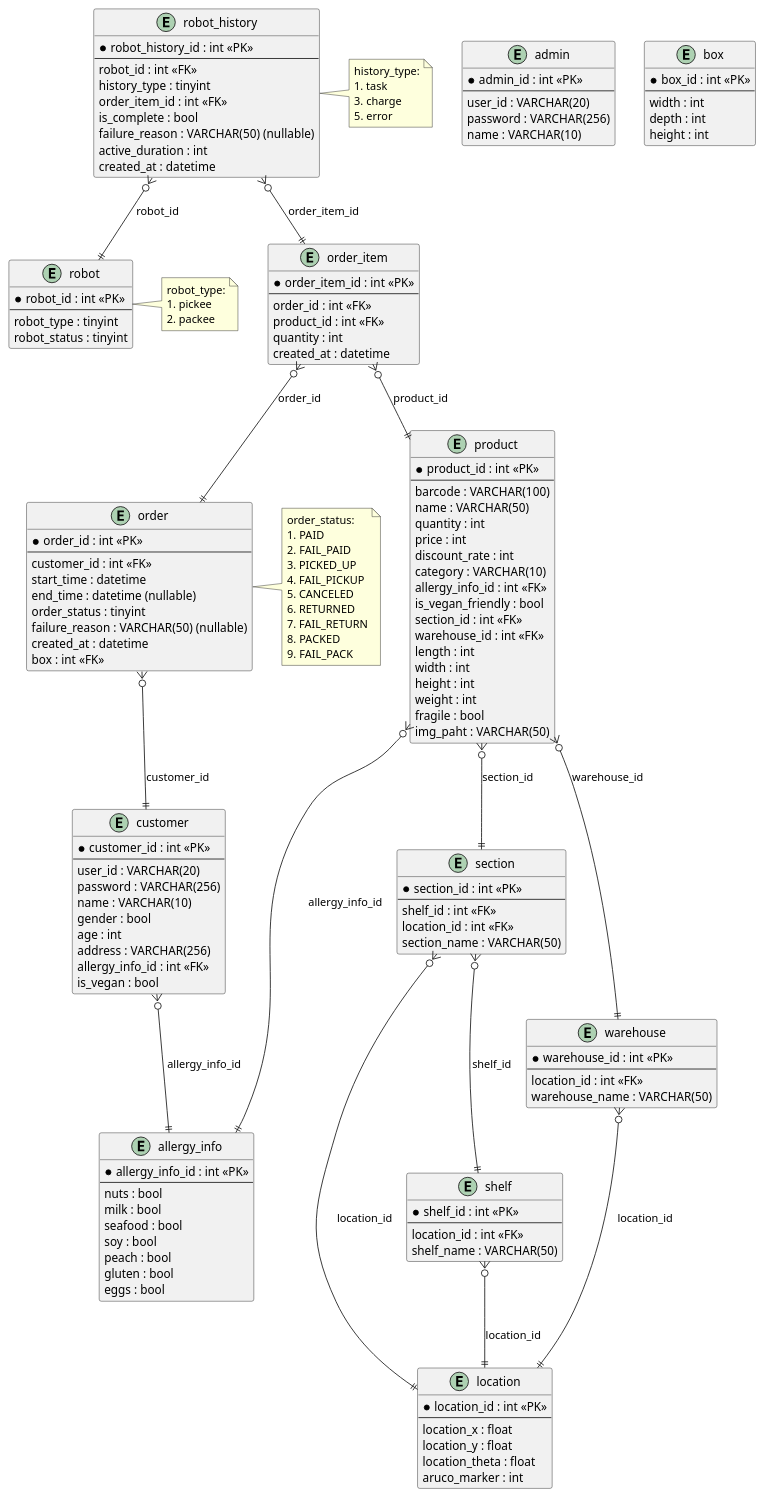
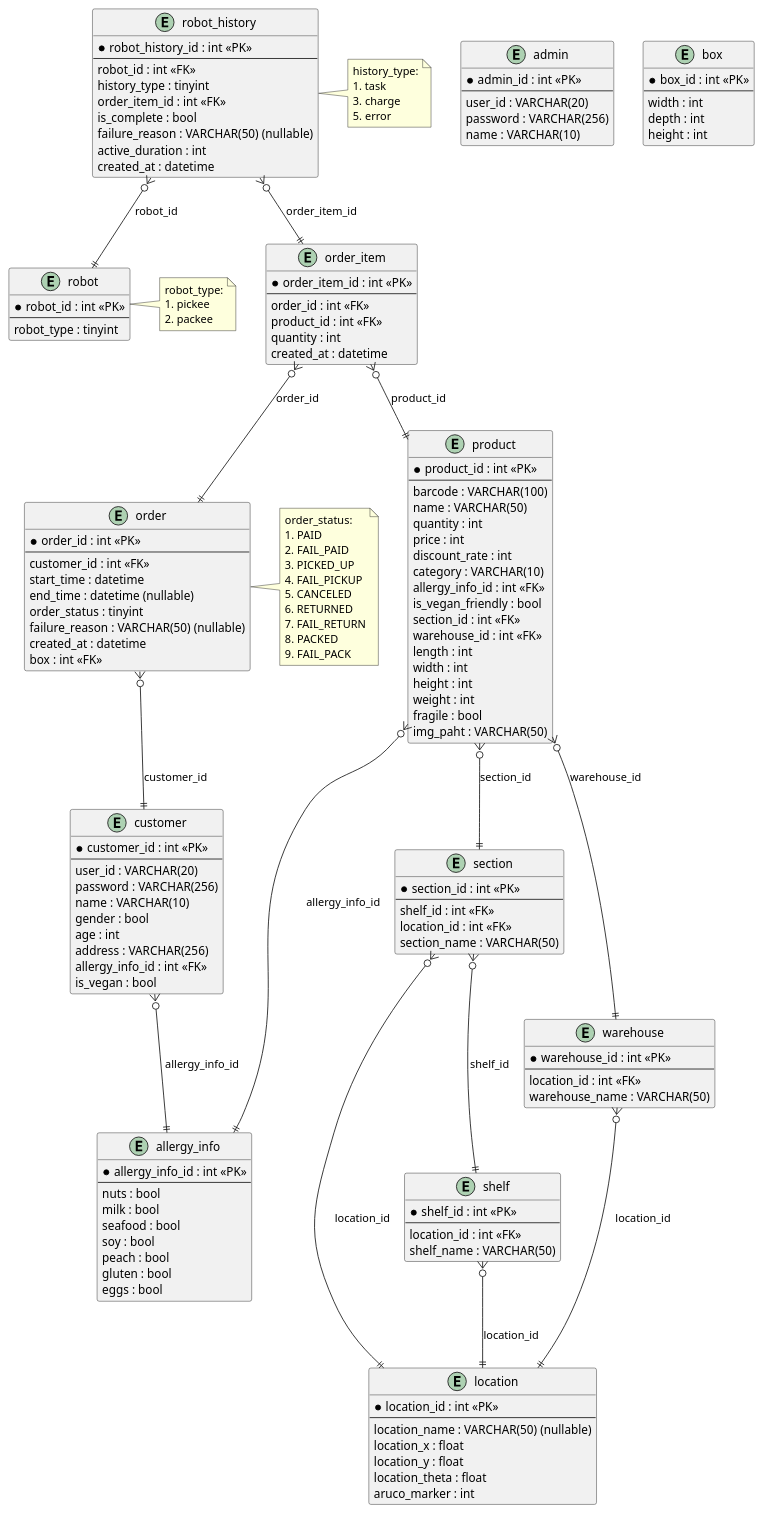
Before and after one commit to addinedu-roscamp-7th/roscamp-repo-1: the diagram in docs/ERDiagram/ERDiagram.md, drawn with PlantUML. The commit also changed 17 other files, not shown here.

```diff
--- a/docs/ERDiagram/ERDiagram.md
+++ b/docs/ERDiagram/ERDiagram.md
@@ -91,7 +91,6 @@
   * robot_id : int <<PK>>
   --
   robot_type : tinyint
-  robot_status : tinyint
 }
 
 entity "robot_history" {
@@ -109,6 +108,7 @@
 entity "location" {
   * location_id : int <<PK>>
   --
+  location_name : VARCHAR(50) (nullable)
   location_x : float
   location_y : float
   location_theta : float
```
